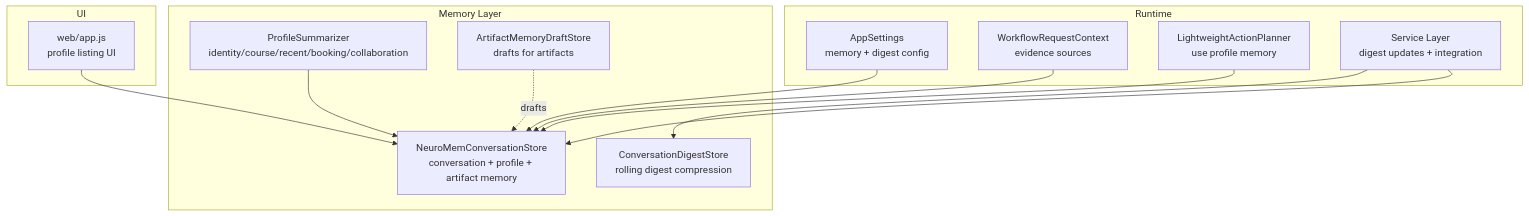
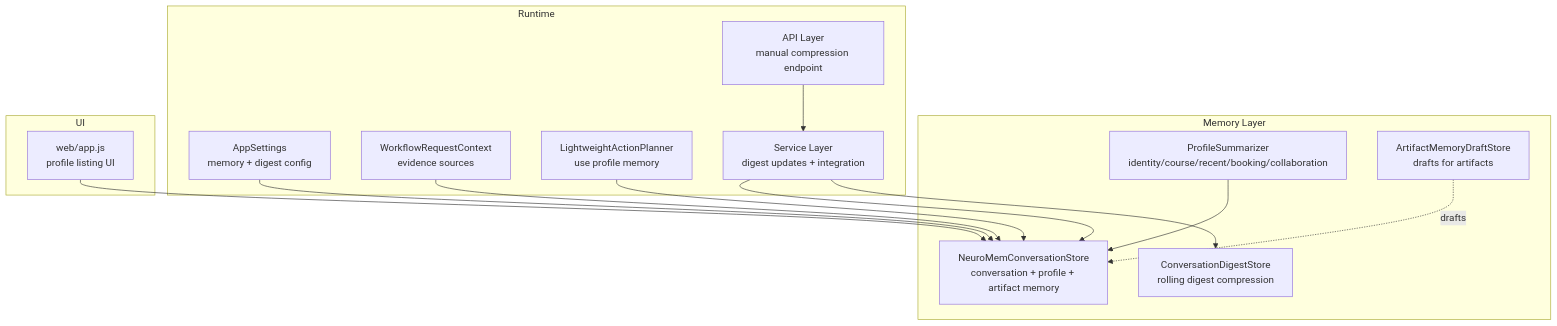
One commit to intellistream/sage-mate changed the first of 11 diagrams in .qoder/repowiki/en/content/Memory Systems/Memory Systems.md. Above: the diagram before and after it, drawn with Mermaid. The commit also changed other lines of this file and 115 other files, not shown here.

````diff
--- a/.qoder/repowiki/en/content/Memory Systems/Memory Systems.md
+++ b/.qoder/repowiki/en/content/Memory Systems/Memory Systems.md
@@ -52,26 +54,28 @@
 ```mermaid
 graph TB
 subgraph "Memory Layer"
 MS["NeuroMemConversationStore<br/>conversation + profile + artifact memory"]
 PS["ProfileSummarizer<br/>identity/course/recent/booking/collaboration"]
 AMS["ArtifactMemoryDraftStore<br/>drafts for artifacts"]
 CDS["ConversationDigestStore<br/>rolling digest compression"]
 end
 subgraph "Runtime"
 CFG["AppSettings<br/>memory + digest config"]
 WFC["WorkflowRequestContext<br/>evidence sources"]
 LA["LightweightActionPlanner<br/>use profile memory"]
 SV["Service Layer<br/>digest updates + integration"]
+API["API Layer<br/>manual compression endpoint"]
 end
 subgraph "UI"
 FE["web/app.js<br/>profile listing UI"]
 end
 CFG --> MS
 PS --> MS
 WFC --> MS
 LA --> MS
 SV --> MS
 SV --> CDS
+API --> SV
 FE --> MS
 AMS -. drafts .-> MS
 ```
````
